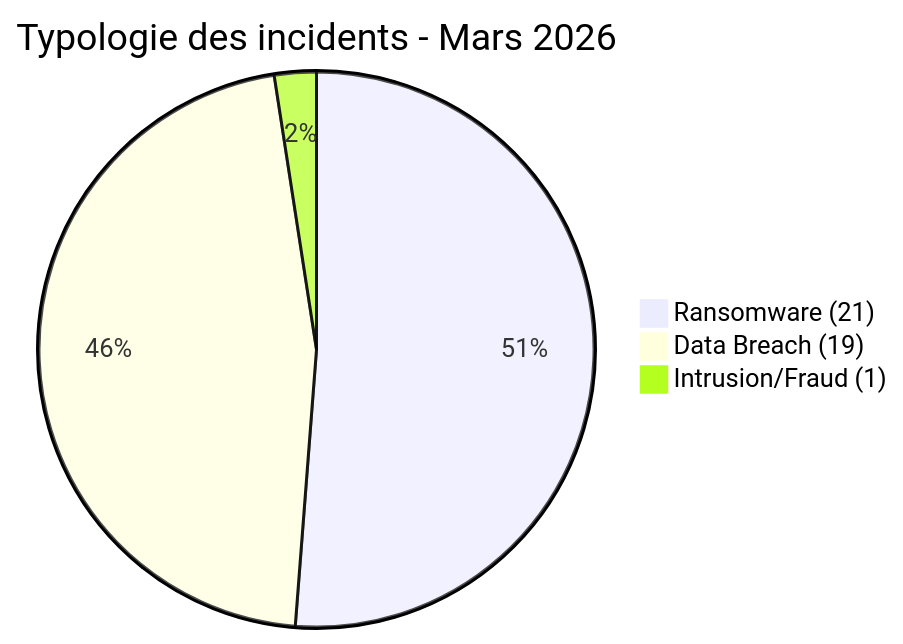
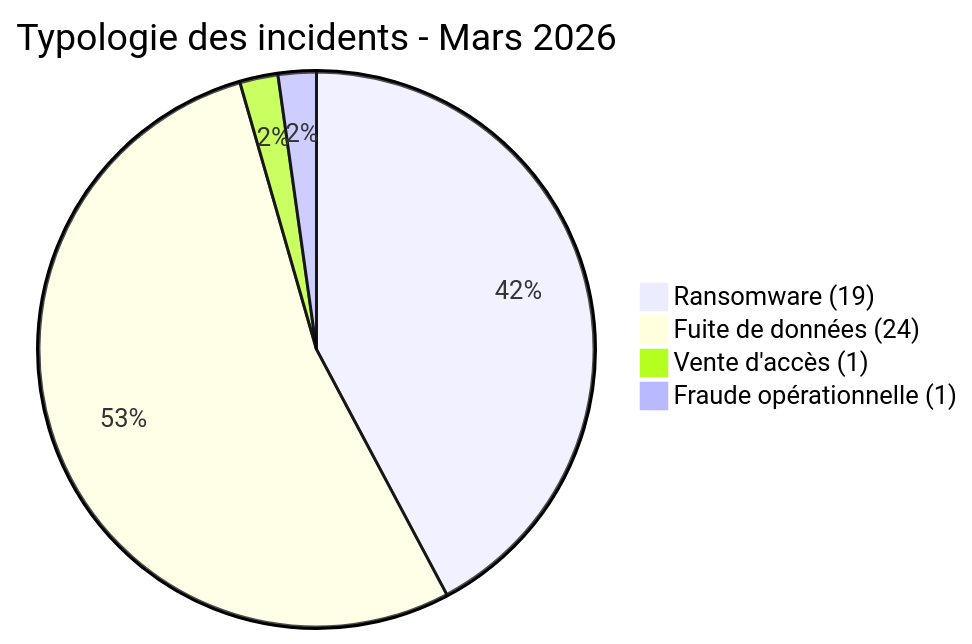
One commit to Hatchepsoute/AFRINTEL changed the second of 6 diagrams in visual-intelligence/03-march/ecosystem-map_FR.md. Above: the diagram before and after it, drawn with Mermaid. The commit also changed other lines of this file and 120 other files, not shown here.

````diff
--- a/visual-intelligence/03-march/ecosystem-map_FR.md
+++ b/visual-intelligence/03-march/ecosystem-map_FR.md
@@ -34,7 +34,8 @@
 ```mermaid
 pie
     title Typologie des incidents - Mars 2026
-    "Ransomware (21)" : 21
-    "Data Breach (19)" : 19
-    "Intrusion/Fraud (1)" : 1
+    "Ransomware (19)" : 19
+    "Fuite de données (24)" : 24
+    "Vente d'accès (1)" : 1
+    "Fraude opérationnelle (1)" : 1
 ```
````
